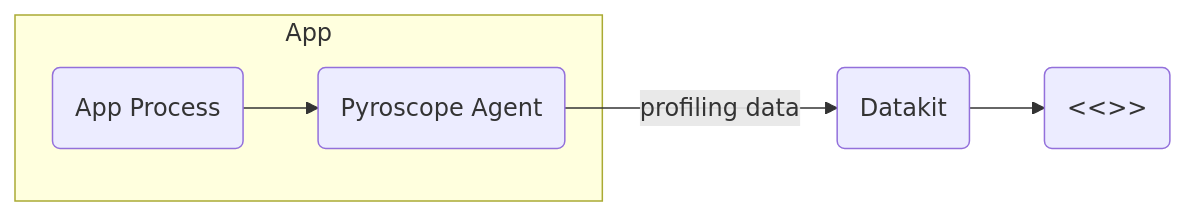
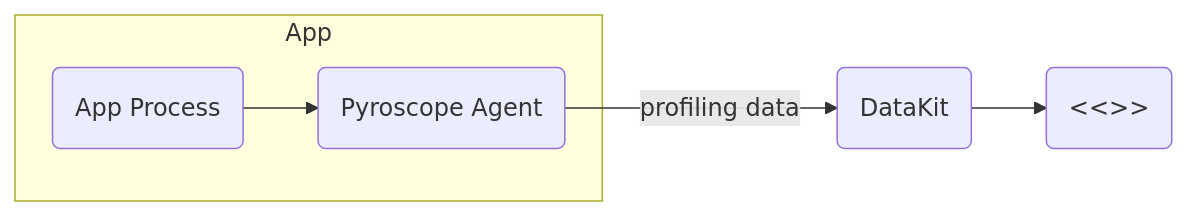
Before and after one commit to GuanceCloud/datakit: the diagram in internal/export/doc/en/inputs/profile-cpp.md, drawn with Mermaid. The commit also changed other lines of this file and 325 other files, not shown here.

````diff
--- a/internal/export/doc/en/inputs/profile-cpp.md
+++ b/internal/export/doc/en/inputs/profile-cpp.md
@@ -22,11 +22,11 @@
 ```mermaid
 flowchart LR
 subgraph App
 app(App Process)
 pyro(Pyroscope Agent)
 end
-dk(Datakit)
+dk(DataKit)
 brand_name("<<<custom_key.brand_name>>>")
 
 app --> pyro --> |profiling data|dk --> brand_name
 ```
````
